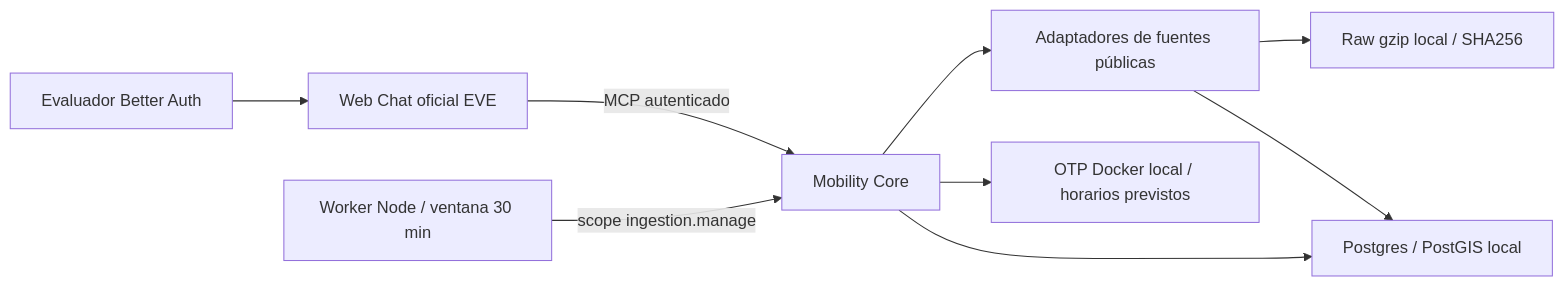
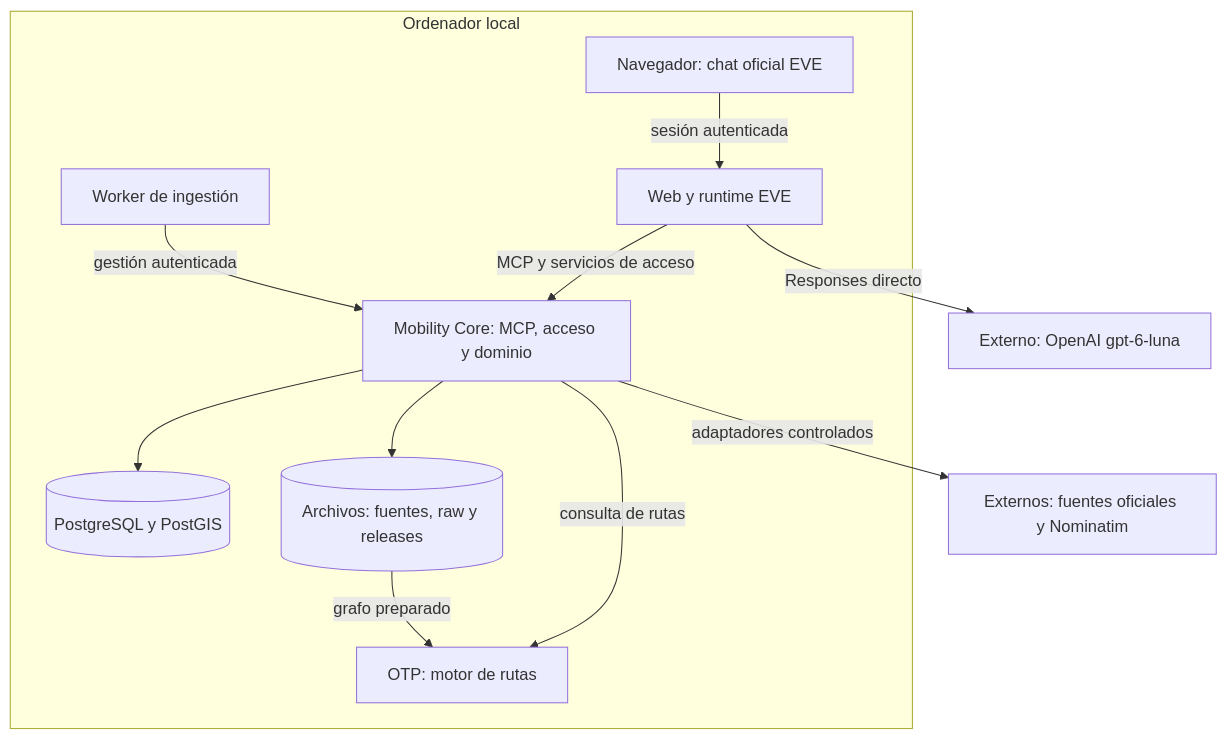
Before and after one commit to alanslzrr/digital-twin-conversational-mobility: the first of 5 diagrams in docs/architecture.md, drawn with Mermaid. The commit also changed other lines of this file and 1 other file, not shown here.

Commit message:
docs(architecture): describe implemented flows and reversible routing releases

````diff
--- a/docs/architecture.md
+++ b/docs/architecture.md
@@ -11,11 +18,23 @@
 ```mermaid
-flowchart LR
-  User[Evaluador Better Auth] --> Web[Web Chat oficial EVE]
-  Web -->|MCP autenticado| Core[Mobility Core]
-  Worker[Worker Node / ventana 30 min] -->|scope ingestion.manage| Core
-  Core --> Adapters[Adaptadores de fuentes públicas]
-  Adapters --> Raw[Raw gzip local / SHA256]
-  Adapters --> DB[Postgres / PostGIS local]
-  Core --> DB
-  Core --> OTP[OTP Docker local / horarios previstos]
+flowchart TB
+  subgraph Local[Ordenador local]
+    Browser[Navegador: chat oficial EVE]
+    Web[Web y runtime EVE]
+    Core[Mobility Core: MCP, acceso y dominio]
+    Worker[Worker de ingestión]
+    DB[(PostgreSQL y PostGIS)]
+    Files[(Archivos: fuentes, raw y releases)]
+    OTP[OTP: motor de rutas]
+    Browser -->|sesión autenticada| Web
+    Web -->|MCP y servicios de acceso| Core
+    Worker -->|gestión autenticada| Core
+    Core --> DB
+    Core --> Files
+    Core -->|consulta de rutas| OTP
+    Files -->|grafo preparado| OTP
+  end
+  Model[Externo: OpenAI gpt-6-luna]
+  Sources[Externos: fuentes oficiales y Nominatim]
+  Web -->|Responses directo| Model
+  Core -->|adaptadores controlados| Sources
 ```
````
